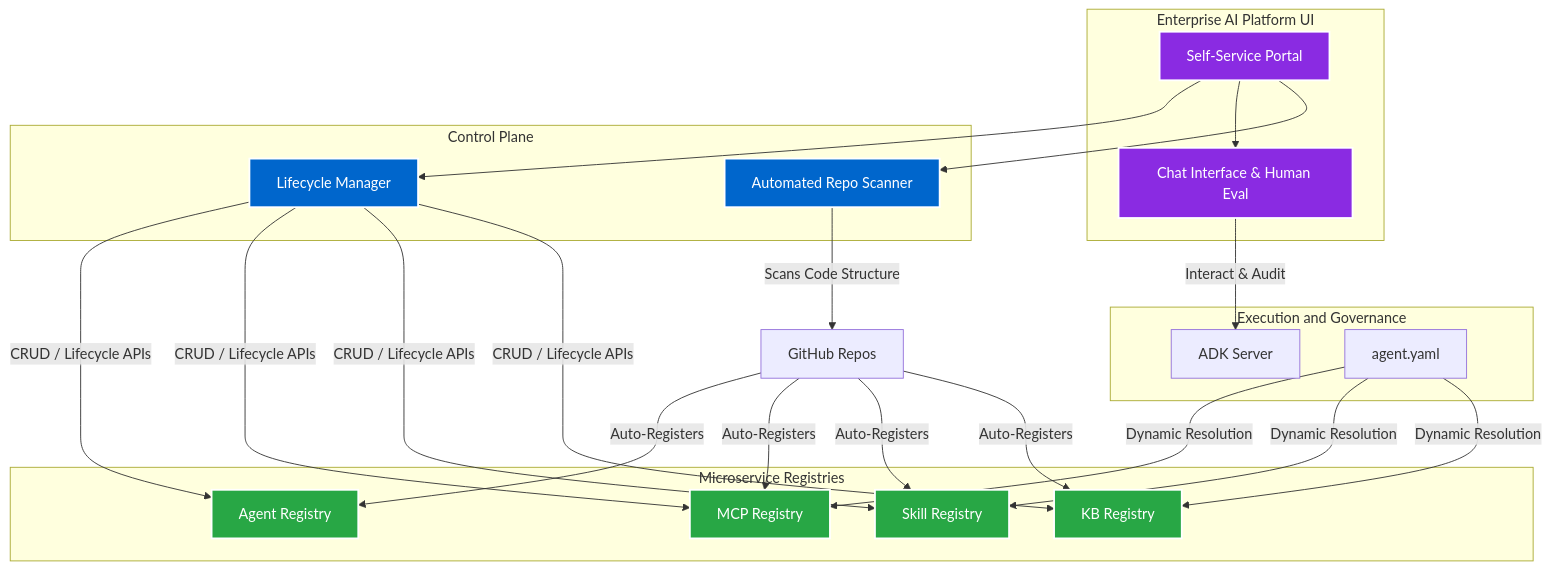
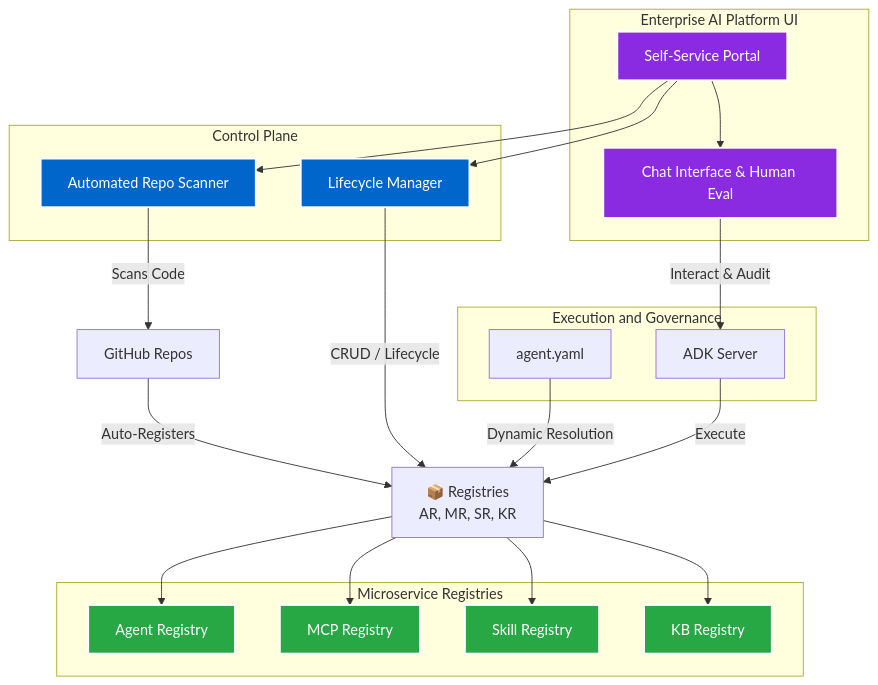
The diagram in src/content/projects/enterprise-ai-platform.md (VinodKumarKP/my_portfolio), drawn with Mermaid before and after one commit.

````diff
--- a/src/content/projects/enterprise-ai-platform.md
+++ b/src/content/projects/enterprise-ai-platform.md
@@ -43,52 +43,49 @@
 ```mermaid
 graph TD
     subgraph SG1 [Enterprise AI Platform UI]
         UI[Self-Service Portal]
         Chat["Chat Interface & Human Eval"]
     end
 
     subgraph SG2 [Control Plane]
         Scanner[Automated Repo Scanner]
         LC[Lifecycle Manager]
     end
 
     subgraph SG3 [Microservice Registries]
         AR[Agent Registry]
         MR[MCP Registry]
         SR[Skill Registry]
         KR[KB Registry]
     end
 
     subgraph SG4 [Execution and Governance]
         ADK[ADK Server]
         YAML["agent.yaml"]
     end
 
     UI --> LC
     UI --> Chat
     UI --> Scanner
 
-    Scanner -->|"Scans Code Structure"| GitHub[GitHub Repos]
-    GitHub -->|"Auto-Registers"| AR
-    GitHub -->|"Auto-Registers"| MR
-    GitHub -->|"Auto-Registers"| SR
-    GitHub -->|"Auto-Registers"| KR
+    Scanner -->|Scans Code| GitHub[GitHub Repos]
+    GitHub -->|Auto-Registers| Registries["📦 Registries<br/>AR, MR, SR, KR"]
+    Registries --> AR
+    Registries --> MR
+    Registries --> SR
+    Registries --> KR
 
-    LC -->|"CRUD / Lifecycle APIs"| AR
-    LC -->|"CRUD / Lifecycle APIs"| MR
-    LC -->|"CRUD / Lifecycle APIs"| SR
-    LC -->|"CRUD / Lifecycle APIs"| KR
+    LC -->|CRUD / Lifecycle| Registries
 
-    Chat -->|"Interact & Audit"| ADK
-    YAML -->|"Dynamic Resolution"| MR
-    YAML -->|"Dynamic Resolution"| SR
-    YAML -->|"Dynamic Resolution"| KR
+    Chat -->|Interact & Audit| ADK
+    YAML -->|Dynamic Resolution| Registries
+    ADK -->|Execute| Registries
 
     classDef ui fill:#8a2be2,stroke:#fff,stroke-width:2px,color:#fff;
     classDef control fill:#0066cc,stroke:#fff,stroke-width:2px,color:#fff;
     classDef reg fill:#28a745,stroke:#fff,stroke-width:2px,color:#fff;
     
     class UI,Chat ui;
     class Scanner,LC control;
     class AR,MR,SR,KR reg;
 ```
````
